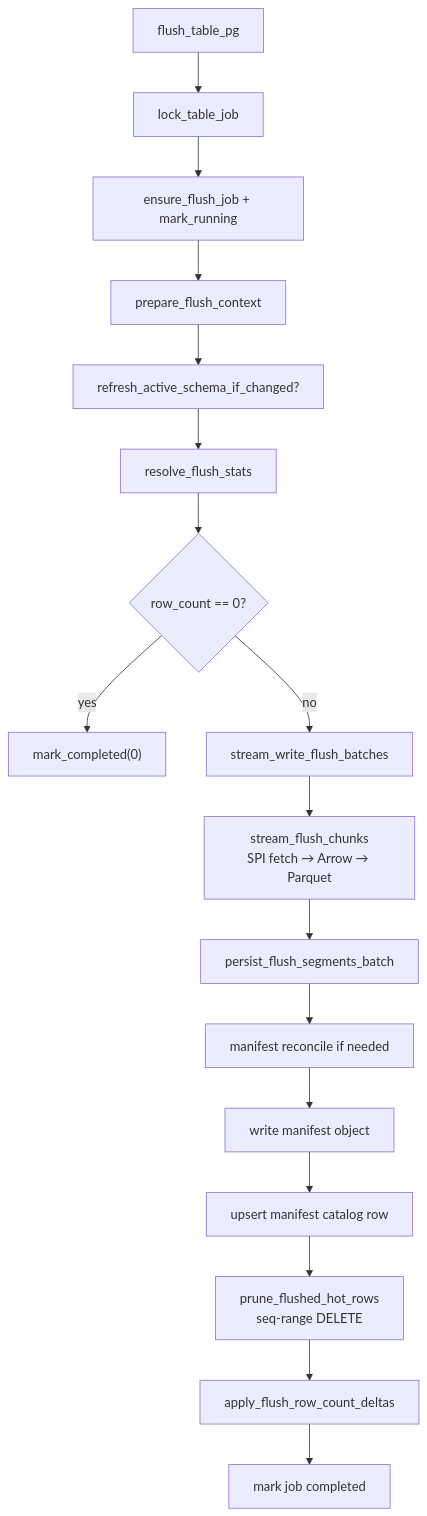
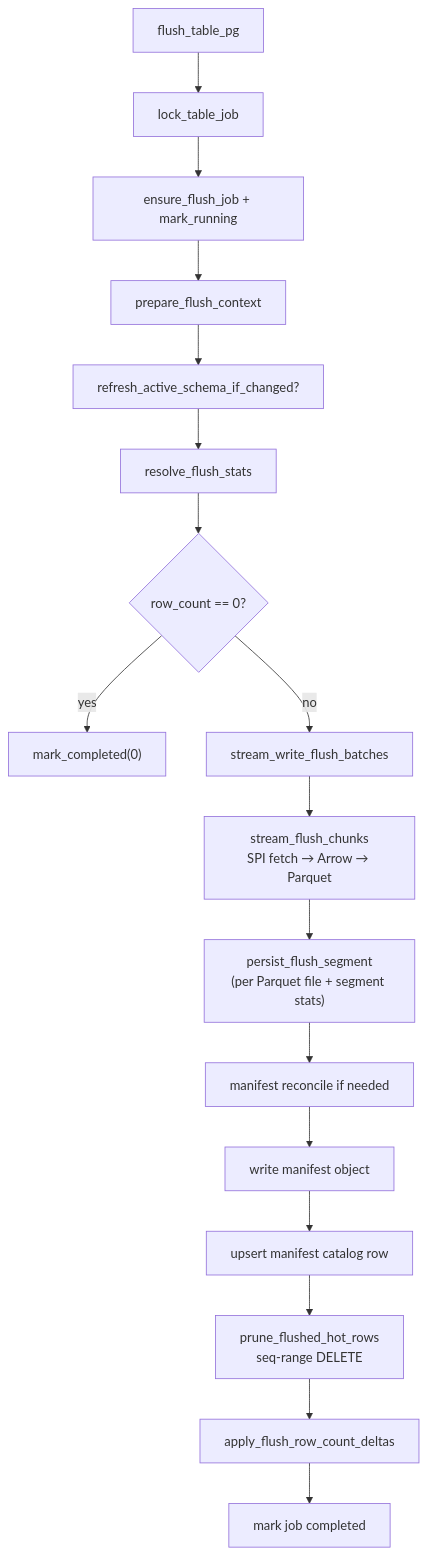
One commit to kalamdb/koldstore changed the diagram in docs/architecture/flushing-table.md. Above: the diagram before and after it, drawn with Mermaid. The commit also changed other lines of this file and 89 other files, not shown here.

````diff
--- a/docs/architecture/flushing-table.md
+++ b/docs/architecture/flushing-table.md
@@ -21,19 +21,19 @@
 ```mermaid
 flowchart TD
   A["flush_table_pg"] --> B["lock_table_job"]
   B --> C["ensure_flush_job + mark_running"]
   C --> D["prepare_flush_context"]
   D --> E["refresh_active_schema_if_changed?"]
   E --> F["resolve_flush_stats"]
   F --> G{row_count == 0?}
   G -->|yes| H["mark_completed(0)"]
   G -->|no| I["stream_write_flush_batches"]
   I --> J["stream_flush_chunks\nSPI fetch → Arrow → Parquet"]
-  J --> K["persist_flush_segments_batch"]
+  J --> K["persist_flush_segment\n(per Parquet file + segment stats)"]
   K --> L["manifest reconcile if needed"]
   L --> M["write manifest object"]
   M --> N["upsert manifest catalog row"]
   N --> O["prune_flushed_hot_rows\nseq-range DELETE"]
   O --> P["apply_flush_row_count_deltas"]
   P --> Q["mark job completed"]
 ```
````
